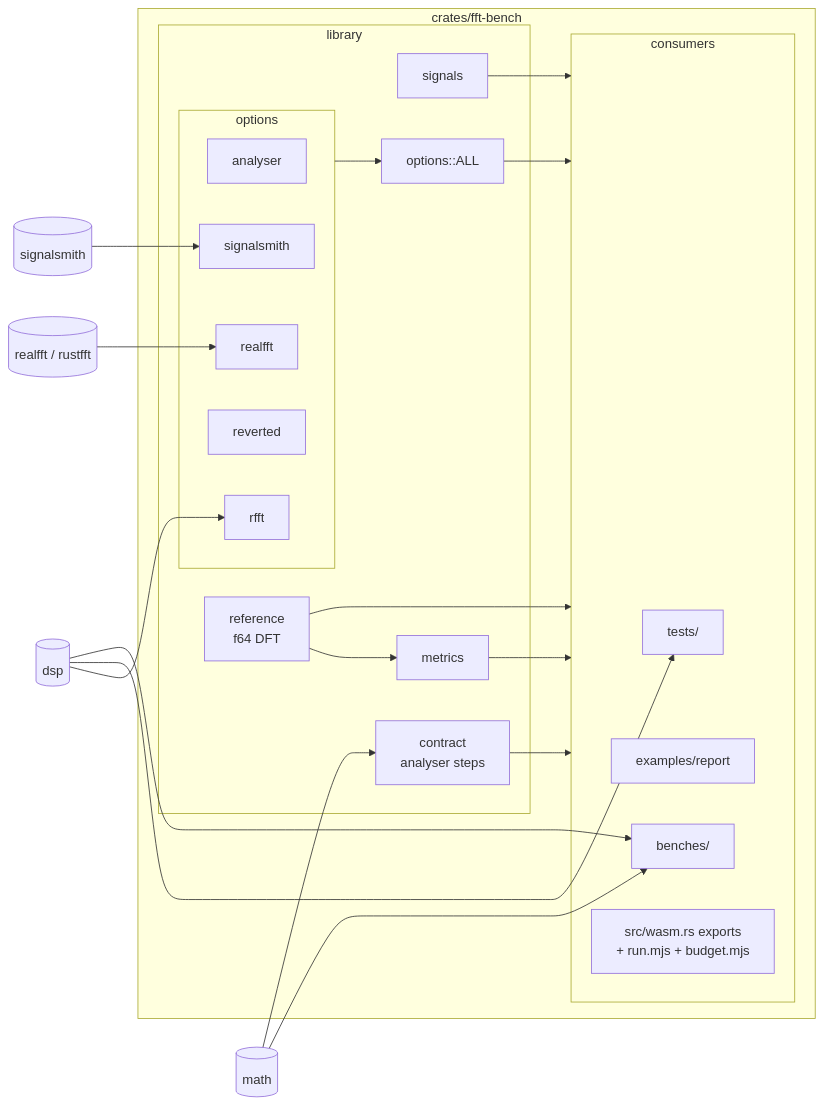
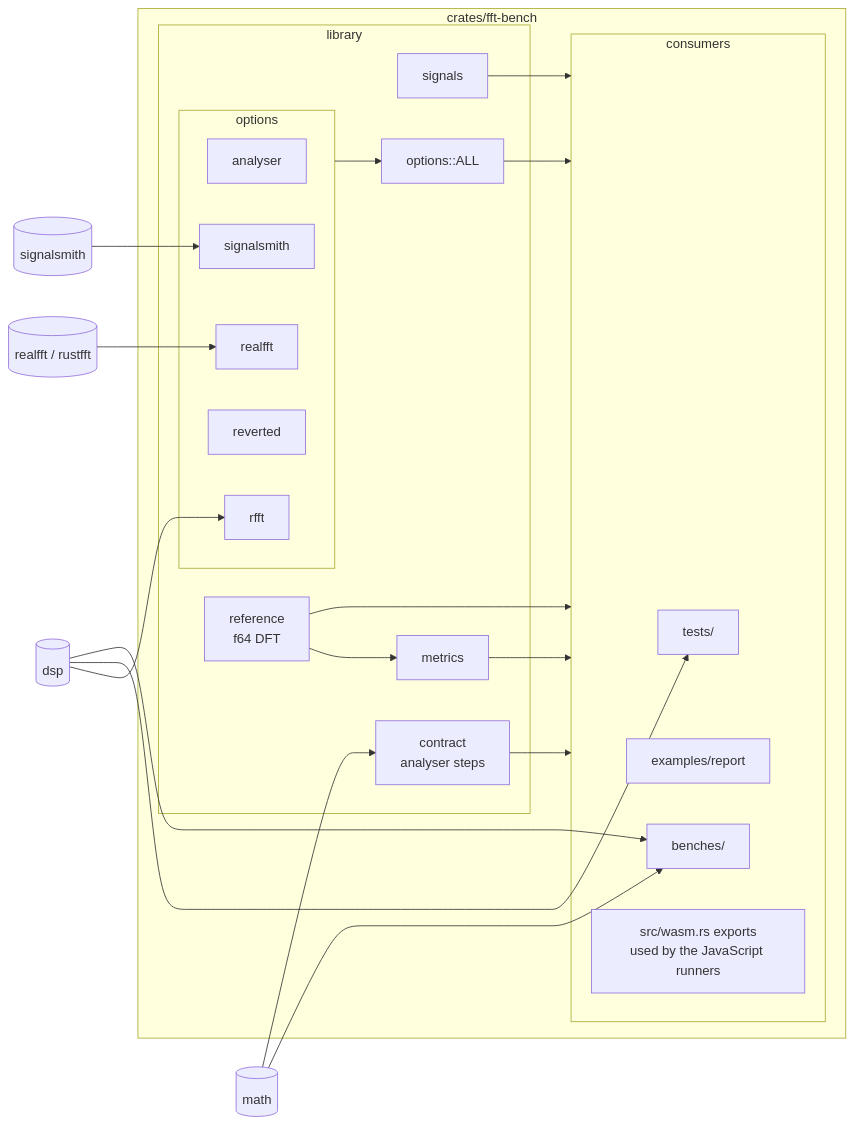
The first of 3 diagrams in crates/fft-bench/docs/architecture.md (BLyndon/openDAW), drawn with Mermaid before and after one commit. The commit also changed other lines of this file and 4 other files, not shown here.

Commit message:
docs(fft-bench): browser page in runbook, architecture, workflow and README

````diff
--- a/crates/fft-bench/docs/architecture.md
+++ b/crates/fft-bench/docs/architecture.md
@@ -32,43 +32,43 @@
 ```mermaid
 flowchart LR
     dsp[(dsp)]
     math[(math)]
     signalsmith_crate[(signalsmith)]
     realfft_crate[(realfft / rustfft)]
     subgraph harness[crates/fft-bench]
         subgraph library[library]
             signals
             reference[reference<br/>f64 DFT]
             metrics
             contract[contract<br/>analyser steps]
             registry[options::ALL]
             subgraph options[options]
                 analyser
                 rfft_opt[rfft]
                 signalsmith_opt[signalsmith]
                 reverted
                 realfft_opt[realfft]
             end
         end
         subgraph consumers[consumers]
             tests[tests/]
             report[examples/report]
             benches[benches/]
-            wasm[src/wasm.rs exports<br/>+ run.mjs + budget.mjs]
+            wasm[src/wasm.rs exports<br/>used by the JavaScript runners]
         end
     end
     reference --> metrics
     options --> registry
     math --> contract
     dsp --> rfft_opt
     dsp --> tests
     dsp --> benches
     math --> benches
     signalsmith_crate --> signalsmith_opt
     realfft_crate --> realfft_opt
     signals --> consumers
     reference --> consumers
     metrics --> consumers
     contract --> consumers
     registry --> consumers
 ```
````
